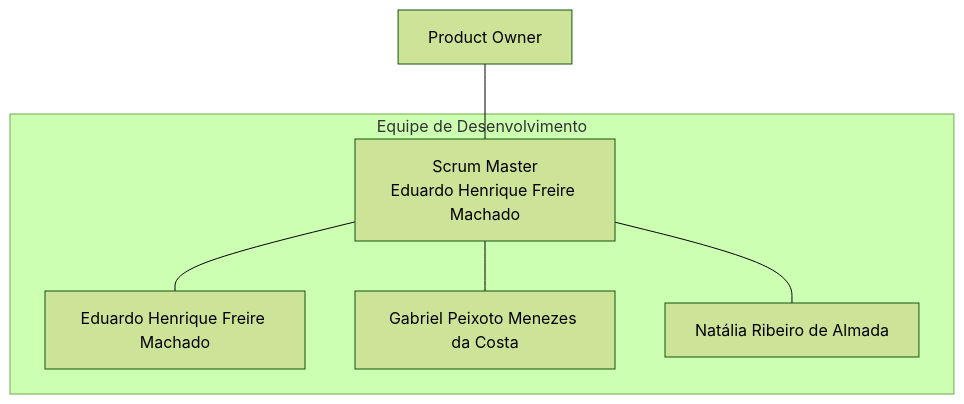
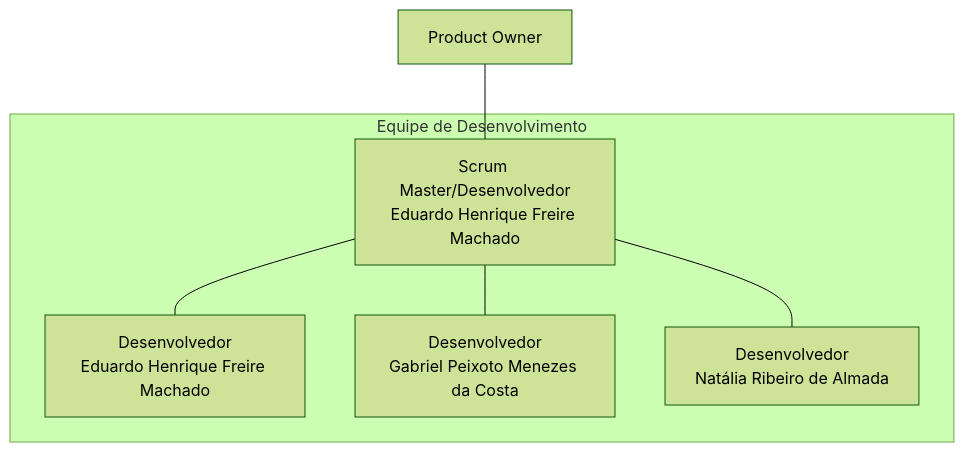
The diagram in README.md (ed-henrique/maloca-hands-on-basico), drawn with Mermaid (forest theme) before and after one commit.

````diff
--- a/README.md
+++ b/README.md
@@ -7,18 +7,18 @@
 ```mermaid
 graph TD
     PO["Product Owner"]
 
-    SM["Scrum Master<br>Eduardo Henrique Freire Machado"]
+    SM["Scrum Master/Desenvolvedor<br>Eduardo Henrique Freire Machado"]
 
-    ED1["Eduardo Henrique Freire Machado"]
-    ED2["Gabriel Peixoto Menezes da Costa"]
-    ED3["Natália Ribeiro de Almada"]
+    ED1["Desenvolvedor<br>Eduardo Henrique Freire Machado"]
+    ED2["Desenvolvedor<br>Gabriel Peixoto Menezes da Costa"]
+    ED3["Desenvolvedor<br>Natália Ribeiro de Almada"]
 
     PO --- SM
 
     subgraph "Equipe de Desenvolvimento"
         SM --- ED1
         SM --- ED2
         SM --- ED3
     end
 ```
````
